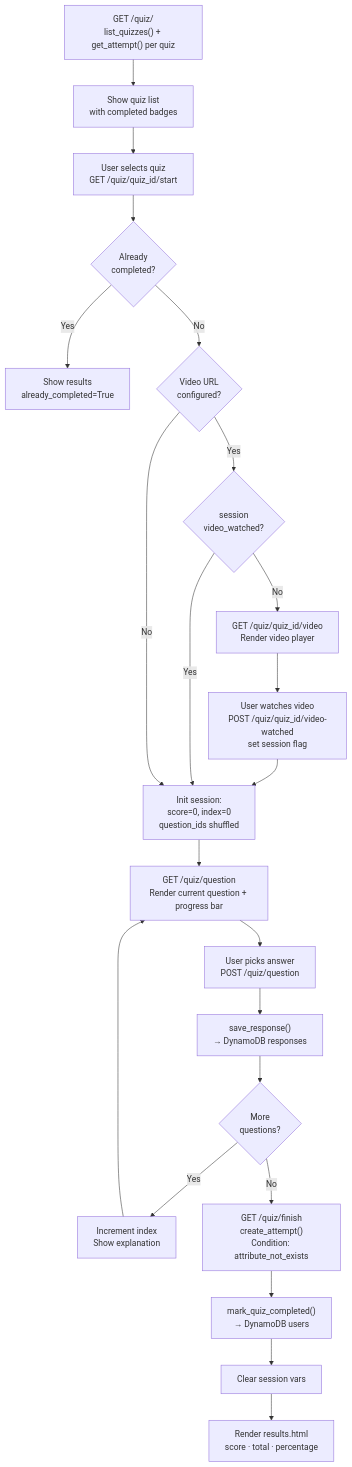
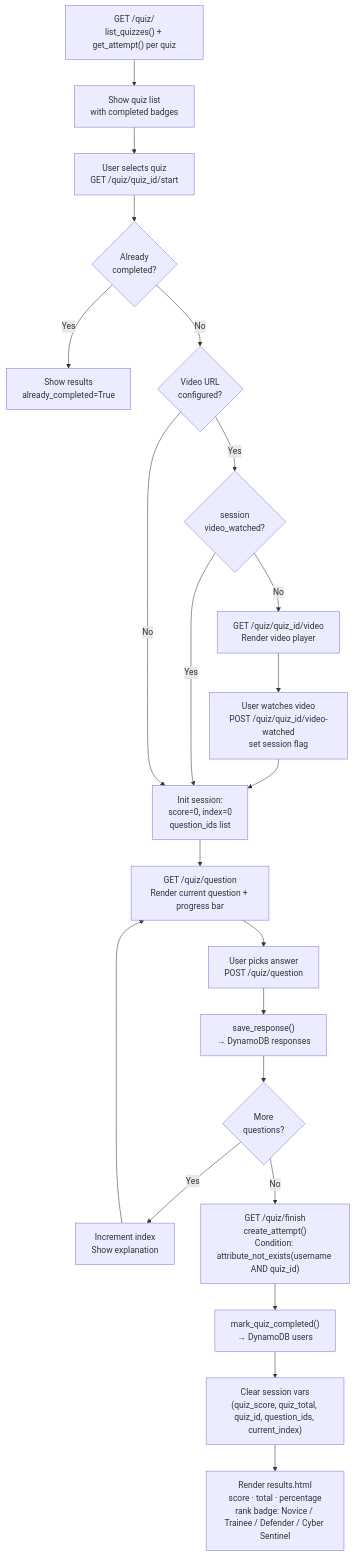
Before and after one commit to Panacota96/master-Project-Phishing: the seventh of 10 diagrams in documentation/ARCHITECTURE.md, drawn with Mermaid. The commit also changed other lines of this file and 6 other files, not shown here.

````diff
--- a/documentation/ARCHITECTURE.md
+++ b/documentation/ARCHITECTURE.md
@@ -399,25 +416,25 @@
 ```mermaid
 flowchart TD
     A["GET /quiz/\nlist_quizzes() + get_attempt() per quiz"] --> B["Show quiz list\nwith completed badges"]
     B --> C["User selects quiz\nGET /quiz/quiz_id/start"]
     C --> D{"Already\ncompleted?"}
     D -->|Yes| E["Show results\nalready_completed=True"]
     D -->|No| F{"Video URL\nconfigured?"}
     F -->|Yes| G{"session\nvideo_watched?"}
     G -->|No| H["GET /quiz/quiz_id/video\nRender video player"]
     H --> I["User watches video\nPOST /quiz/quiz_id/video-watched\nset session flag"]
     I --> J
-    G -->|Yes| J["Init session:\nscore=0, index=0\nquestion_ids shuffled"]
+    G -->|Yes| J["Init session:\nscore=0, index=0\nquestion_ids list"]
     F -->|No| J
 
     J --> K["GET /quiz/question\nRender current question + progress bar"]
     K --> L["User picks answer\nPOST /quiz/question"]
     L --> M["save_response()\n→ DynamoDB responses"]
     M --> N{"More\nquestions?"}
     N -->|Yes| O["Increment index\nShow explanation"]
     O --> K
-    N -->|No| P["GET /quiz/finish\ncreate_attempt()\nCondition: attribute_not_exists"]
+    N -->|No| P["GET /quiz/finish\ncreate_attempt()\nCondition: attribute_not_exists(username AND quiz_id)"]
     P --> Q["mark_quiz_completed()\n→ DynamoDB users"]
-    Q --> R["Clear session vars"]
-    R --> S["Render results.html\nscore · total · percentage"]
+    Q --> R["Clear session vars\n(quiz_score, quiz_total, quiz_id, question_ids, current_index)"]
+    R --> S["Render results.html\nscore · total · percentage\nrank badge: Novice / Trainee / Defender / Cyber Sentinel"]
 ```
````
